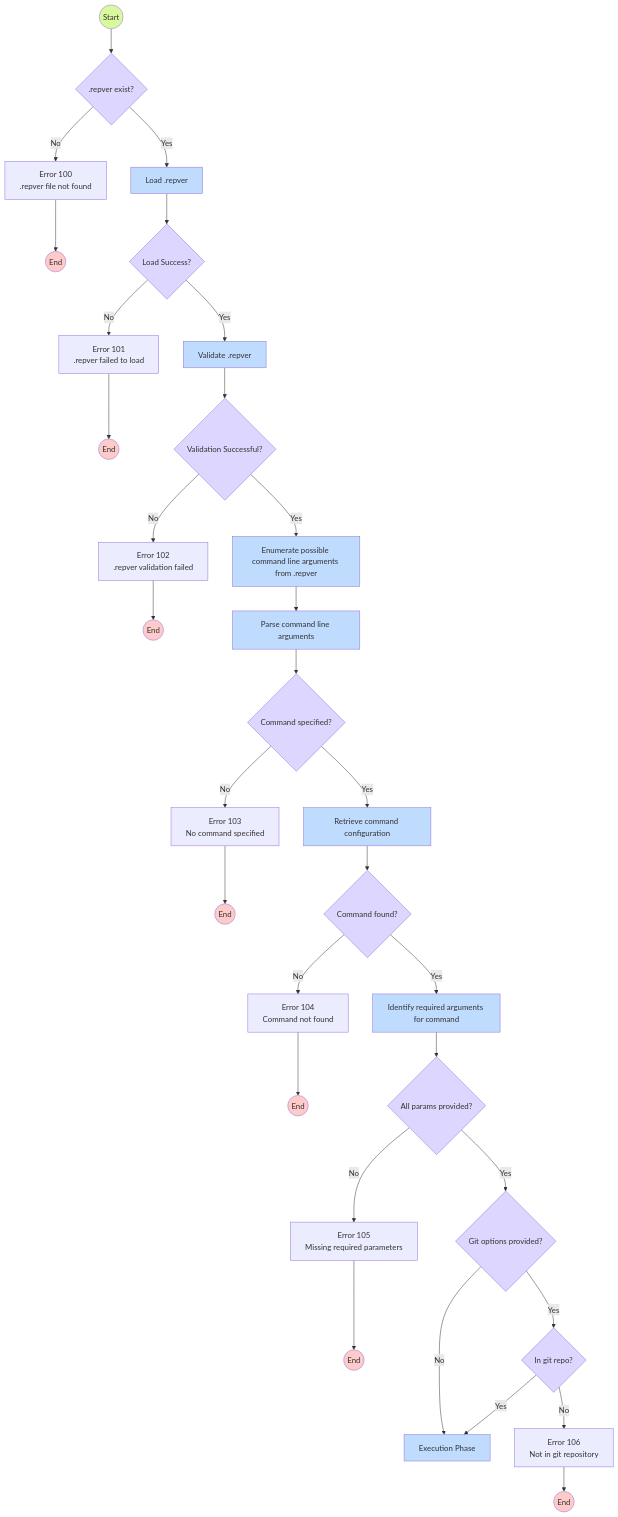
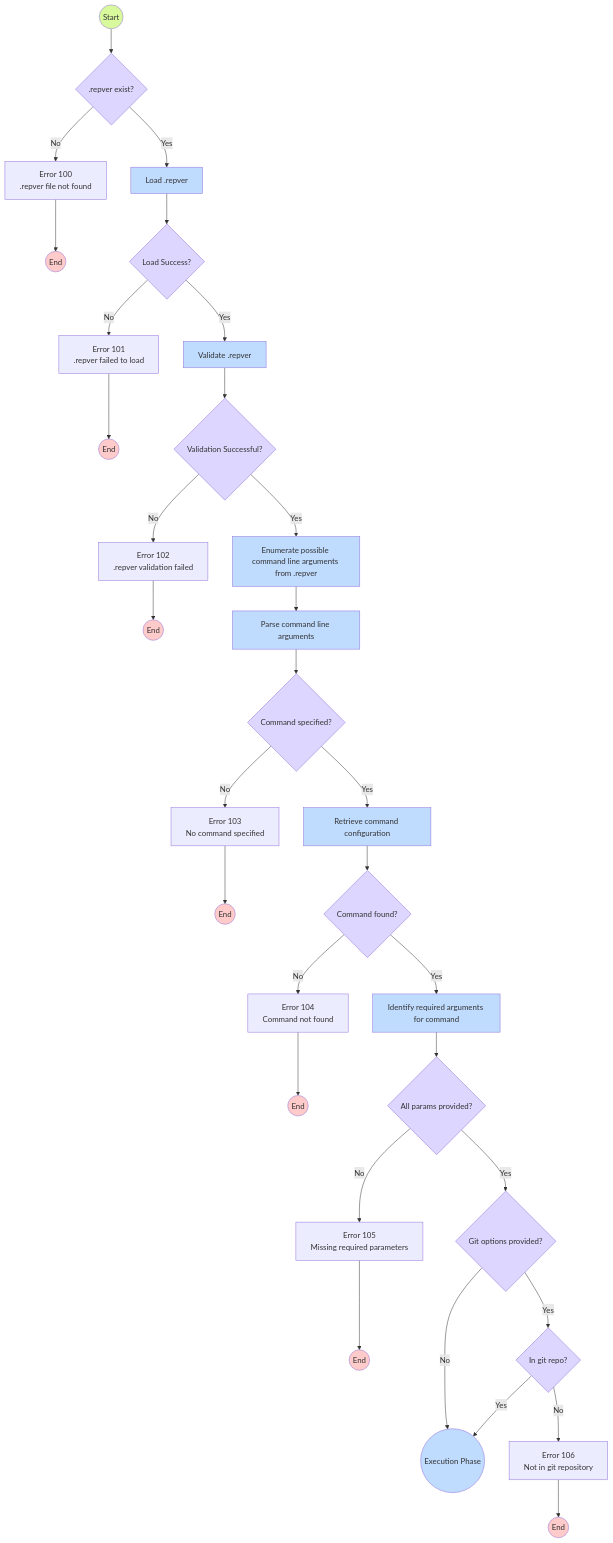
Before and after one commit to UnitVectorY-Labs/repver: the first of 2 diagrams in docs/PROCESSFLOW.md, drawn with Mermaid. The commit also changed other lines of this file and 2 other files, not shown here.

Commit message:
Enhance validation for Git options and improve flowchart documentation in PROCESSFLOW.md

````diff
--- a/docs/PROCESSFLOW.md
+++ b/docs/PROCESSFLOW.md
@@ -14,53 +21,53 @@
 ```mermaid
 flowchart TD
     %% Initial configuration loading and parameter verification
     Start((Start)) --> DConfigExists{.repver exist?}
     DConfigExists -- Yes --> PLoadConfig[Load .repver]
     DConfigExists -- No --> ENoConfig[Error 100<br>.repver file not found]
     ENoConfig --> EndNoConfig((End))
     
     PLoadConfig --> DLoadSuccess{Load Success?}
     DLoadSuccess -- Yes --> PValidateConfig[Validate .repver]
     DLoadSuccess -- No --> ELoadFailed[Error 101<br>.repver failed to load]
     ELoadFailed --> EndLoadFailed((End))
     
     PValidateConfig --> DValidateSuccess{Validation Successful?}
     DValidateSuccess -- No --> EValidateFailed[Error 102<br>.repver validation failed]
     EValidateFailed --> EndValidateFailed((End))
     DValidateSuccess -- Yes --> PCommandArgs[Enumerate possible command line arguments from .repver]
     
     PCommandArgs --> PParseFlags[Parse command line arguments]
     PParseFlags --> DCommandSpecified{Command specified?}
     DCommandSpecified -- Yes --> PGetCommand[Retrieve command configuration]
     DCommandSpecified -- No --> ENoCommand[Error 103<br>No command specified]
     ENoCommand --> EndNoCommand((End))
     
     PGetCommand --> DCommandFound{Command found?}
     DCommandFound -- Yes --> PVerifyParams[Identify required arguments for command]
     DCommandFound -- No --> ECommandNotFound[Error 104<br>Command not found]
     ECommandNotFound --> EndCommandNotFound((End))
     
     PVerifyParams --> DParamsProvided{All params provided?}
     DParamsProvided -- No --> EMissingParams[Error 105<br>Missing required parameters]
     EMissingParams --> EndMissingParams((End))
     DParamsProvided -- Yes --> DGitOptionsProvided{Git options provided?}
 
     DGitOptionsProvided -- Yes --> DInGitRepo{In git repo?}
-    DGitOptionsProvided -- No --> ExecPhase[Execution Phase]
+    DGitOptionsProvided -- No --> ExecPhase((Execution Phase))
     
     DInGitRepo -- No --> ENoGitRepo[Error 106<br>Not in git repository]
     ENoGitRepo --> EndNoGitRepo((End))
     DInGitRepo -- Yes --> ExecPhase
     
     %% Style definitions
     classDef startStyle fill:#d9f99d;
     classDef endStyle fill:#fecaca;
     classDef processStyle fill:#bfdbfe;
     classDef decisionStyle fill:#ddd6fe;
     
     %% Apply styles
     class Start startStyle;
     class EndNoConfig,EndLoadFailed,EndValidateFailed,EndNoCommand,EndCommandNotFound,EndMissingParams,EndNoGitRepo endStyle;
     class PLoadConfig,PValidateConfig,PCommandArgs,PParseFlags,PGetCommand,PVerifyParams,ExecPhase processStyle;
     class DConfigExists,DLoadSuccess,DValidateSuccess,DCommandSpecified,DCommandFound,DParamsProvided,DGitOptionsProvided,DInGitRepo decisionStyle;
 ```
````
